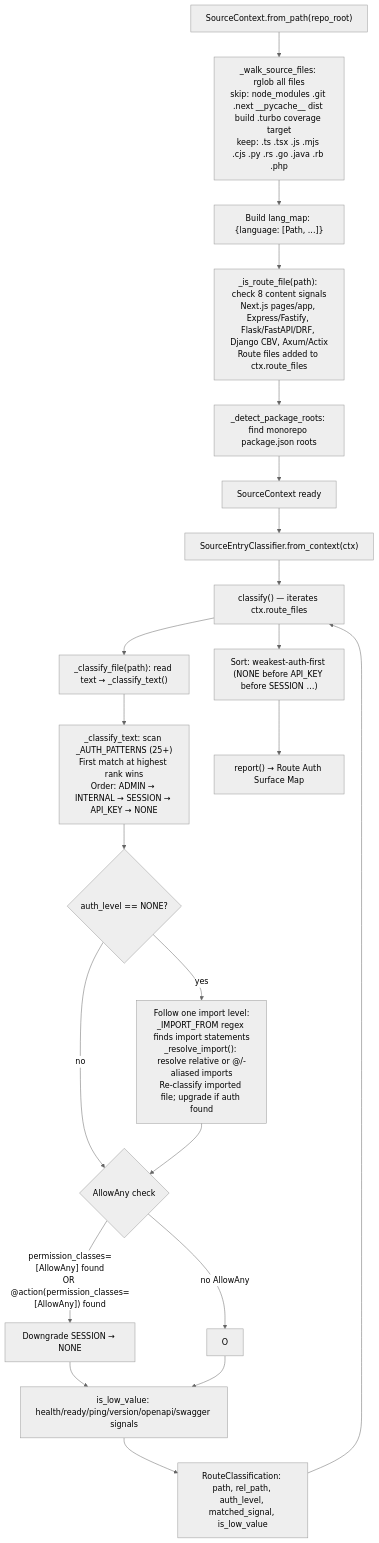
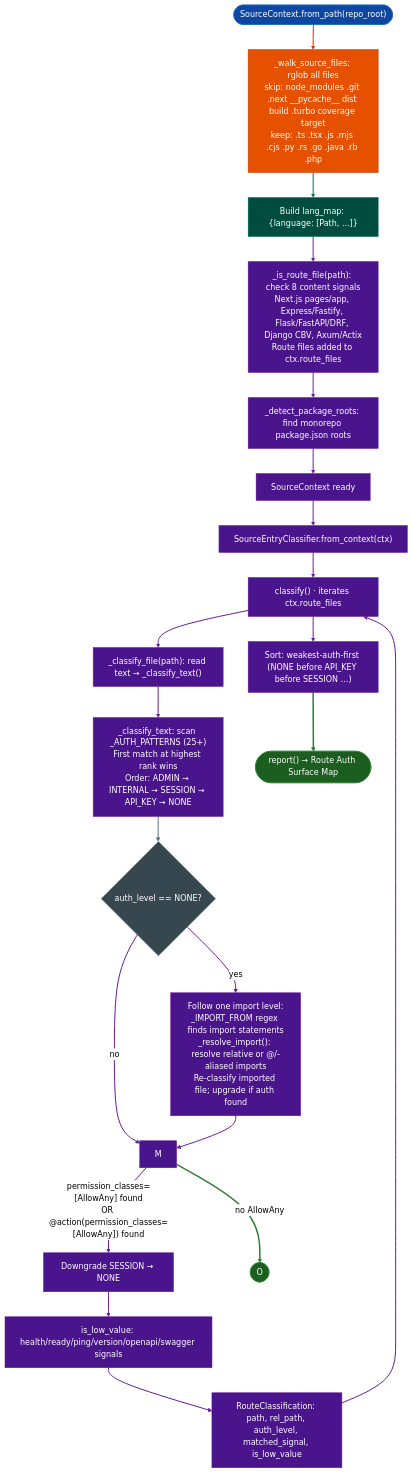
The diagram in docs/reference-modules/architectural-risk-detection.md (Ablation-Tool/ablation), drawn with Mermaid (neutral theme) before and after one commit. The commit also changed 320 other files, not shown here.

First line of the commit message:
docs: apply canonical Mermaid template to all 321 diagrams

````diff
--- a/docs/reference-modules/architectural-risk-detection.md
+++ b/docs/reference-modules/architectural-risk-detection.md
@@ -19,23 +19,49 @@
 ```mermaid
 flowchart TD
-    A["SourceContext.from_path(repo_root)"] --> B["_walk_source_files: rglob all files\nskip: node_modules .git .next __pycache__ dist build .turbo coverage target\nkeep: .ts .tsx .js .mjs .cjs .py .rs .go .java .rb .php"]
-    B --> C["Build lang_map: {language: [Path, ...]}"]
-    C --> D["_is_route_file(path): check 8 content signals\nNext.js pages/app, Express/Fastify, Flask/FastAPI/DRF, Django CBV, Axum/Actix\nRoute files added to ctx.route_files"]
-    D --> E["_detect_package_roots: find monorepo package.json roots"]
-    E --> F[SourceContext ready]
-    F --> G["SourceEntryClassifier.from_context(ctx)"]
-    G --> H["classify() — iterates ctx.route_files"]
-    H --> I["_classify_file(path): read text → _classify_text()"]
-    I --> J["_classify_text: scan _AUTH_PATTERNS (25+)\nFirst match at highest rank wins\nOrder: ADMIN → INTERNAL → SESSION → API_KEY → NONE"]
-    J --> K{auth_level == NONE?}
-    K -->|yes| L["Follow one import level:\n_IMPORT_FROM regex finds import statements\n_resolve_import(): resolve relative or @/-aliased imports\nRe-classify imported file; upgrade if auth found"]
-    K -->|no| M
-    L --> M{AllowAny check}
-    M -->|"permission_classes=[AllowAny] found\nOR @action(permission_classes=[AllowAny]) found"| N["Downgrade SESSION → NONE"]
-    M -->|no AllowAny| O
-    N & O --> P["is_low_value: health/ready/ping/version/openapi/swagger signals"]
-    P --> Q["RouteClassification: path, rel_path, auth_level, matched_signal, is_low_value"]
-    Q --> H
-    H --> R["Sort: weakest-auth-first (NONE before API_KEY before SESSION …)"]
-    R --> S["report() → Route Auth Surface Map"]
+    A(["SourceContext.from_path(repo_root)"]):::input --> B["_walk_source_files: rglob all files\nskip: node_modules .git .next __pycache__ dist build .turbo coverage target\nkeep: .ts .tsx .js .mjs .cjs .py .rs .go .java .rb .php"]:::primary
+    B:::primary --> C["Build lang_map: {language: [Path, ...]}"]:::secondary
+    C:::secondary --> D["_is_route_file(path): check 8 content signals\nNext.js pages/app, Express/Fastify, Flask/FastAPI/DRF, Django CBV, Axum/Actix\nRoute files added to ctx.route_files"]:::tertiary
+    D:::tertiary --> E["_detect_package_roots: find monorepo package.json roots"]:::tertiary
+    E:::tertiary --> F["SourceContext ready"]:::tertiary
+    F:::tertiary --> G["SourceEntryClassifier.from_context(ctx)"]:::tertiary
+    G:::tertiary --> H["classify() · iterates ctx.route_files"]:::tertiary
+    H:::tertiary --> I["_classify_file(path): read text → _classify_text()"]:::tertiary
+    I:::tertiary --> J["_classify_text: scan _AUTH_PATTERNS (25+)\nFirst match at highest rank wins\nOrder: ADMIN → INTERNAL → SESSION → API_KEY → NONE"]:::tertiary
+    J:::tertiary --> K{"auth_level == NONE?"}:::neutral
+    K:::neutral -->|yes| L["Follow one import level:\n_IMPORT_FROM regex finds import statements\n_resolve_import(): resolve relative or @/-aliased imports\nRe-classify imported file; upgrade if auth found"]:::tertiary
+    K:::neutral -->|no| M["M"]:::tertiary
+    L:::tertiary --> M:::tertiary
+    M:::tertiary -->|"permission_classes=[AllowAny] found\nOR @action(permission_classes=[AllowAny]) found"| N["Downgrade SESSION → NONE"]:::tertiary
+    M:::tertiary -->|no AllowAny| O(["O"]):::output
+    N:::tertiary --> P["is_low_value: health/ready/ping/version/openapi/swagger signals"]:::tertiary
+    P:::tertiary --> Q["RouteClassification: path, rel_path, auth_level, matched_signal, is_low_value"]:::tertiary
+    Q:::tertiary --> H:::tertiary
+    H:::tertiary --> R["Sort: weakest-auth-first (NONE before API_KEY before SESSION …)"]:::tertiary
+    R:::tertiary --> S(["report() → Route Auth Surface Map"]):::output
+    classDef input     fill:#0d47a1,stroke:#1565c0,color:#fff
+    classDef primary   fill:#e65100,stroke:#bf360c,color:#fff
+    classDef secondary fill:#004d40,stroke:#00695c,color:#fff
+    classDef tertiary  fill:#4a148c,stroke:#6a1b9a,color:#fff
+    classDef neutral   fill:#37474f,stroke:#546e7a,color:#fff
+    classDef output    fill:#1b5e20,stroke:#2e7d32,color:#fff
+    linkStyle 0 stroke:#bf360c,stroke-width:2px
+    linkStyle 1 stroke:#00695c,stroke-width:2px
+    linkStyle 2 stroke:#6a1b9a,stroke-width:2px
+    linkStyle 3 stroke:#6a1b9a,stroke-width:2px
+    linkStyle 4 stroke:#6a1b9a,stroke-width:2px
+    linkStyle 5 stroke:#6a1b9a,stroke-width:2px
+    linkStyle 6 stroke:#6a1b9a,stroke-width:2px
+    linkStyle 7 stroke:#6a1b9a,stroke-width:2px
+    linkStyle 8 stroke:#6a1b9a,stroke-width:2px
+    linkStyle 9 stroke:#546e7a,stroke-width:2px
+    linkStyle 10 stroke:#6a1b9a,stroke-width:2px
+    linkStyle 11 stroke:#6a1b9a,stroke-width:2px
+    linkStyle 12 stroke:#6a1b9a,stroke-width:2px
+    linkStyle 13 stroke:#6a1b9a,stroke-width:2px
+    linkStyle 14 stroke:#2e7d32,stroke-width:3px
+    linkStyle 15 stroke:#6a1b9a,stroke-width:2px
+    linkStyle 16 stroke:#6a1b9a,stroke-width:2px
+    linkStyle 17 stroke:#6a1b9a,stroke-width:2px
+    linkStyle 18 stroke:#6a1b9a,stroke-width:2px
+    linkStyle 19 stroke:#2e7d32,stroke-width:3px
 ```
````
